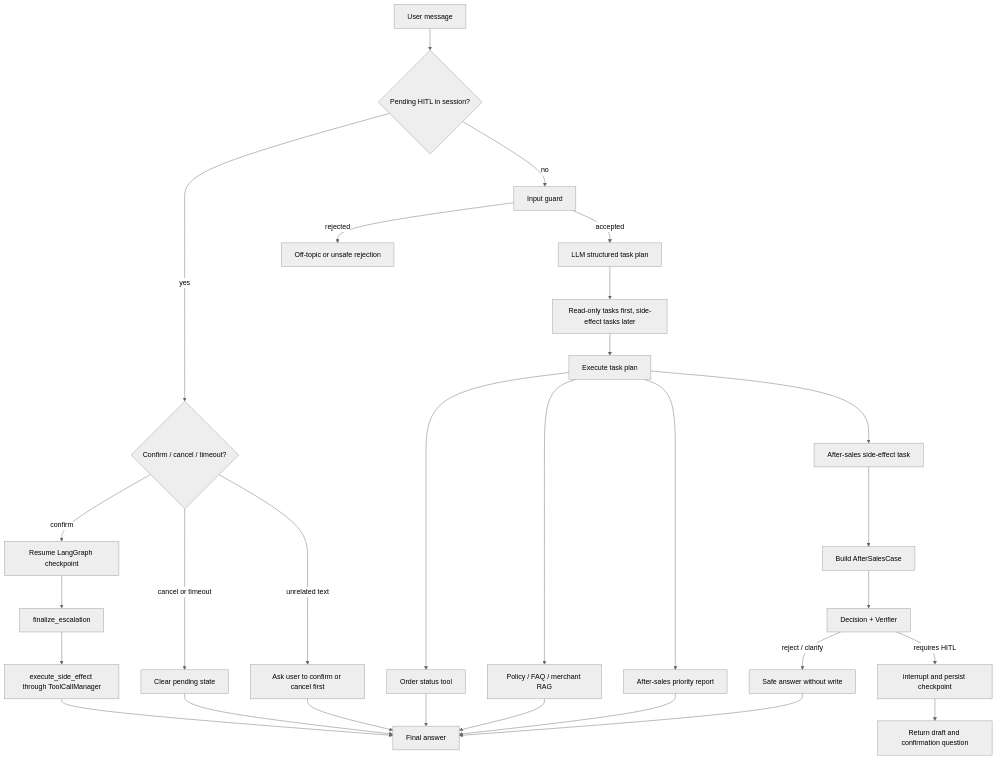
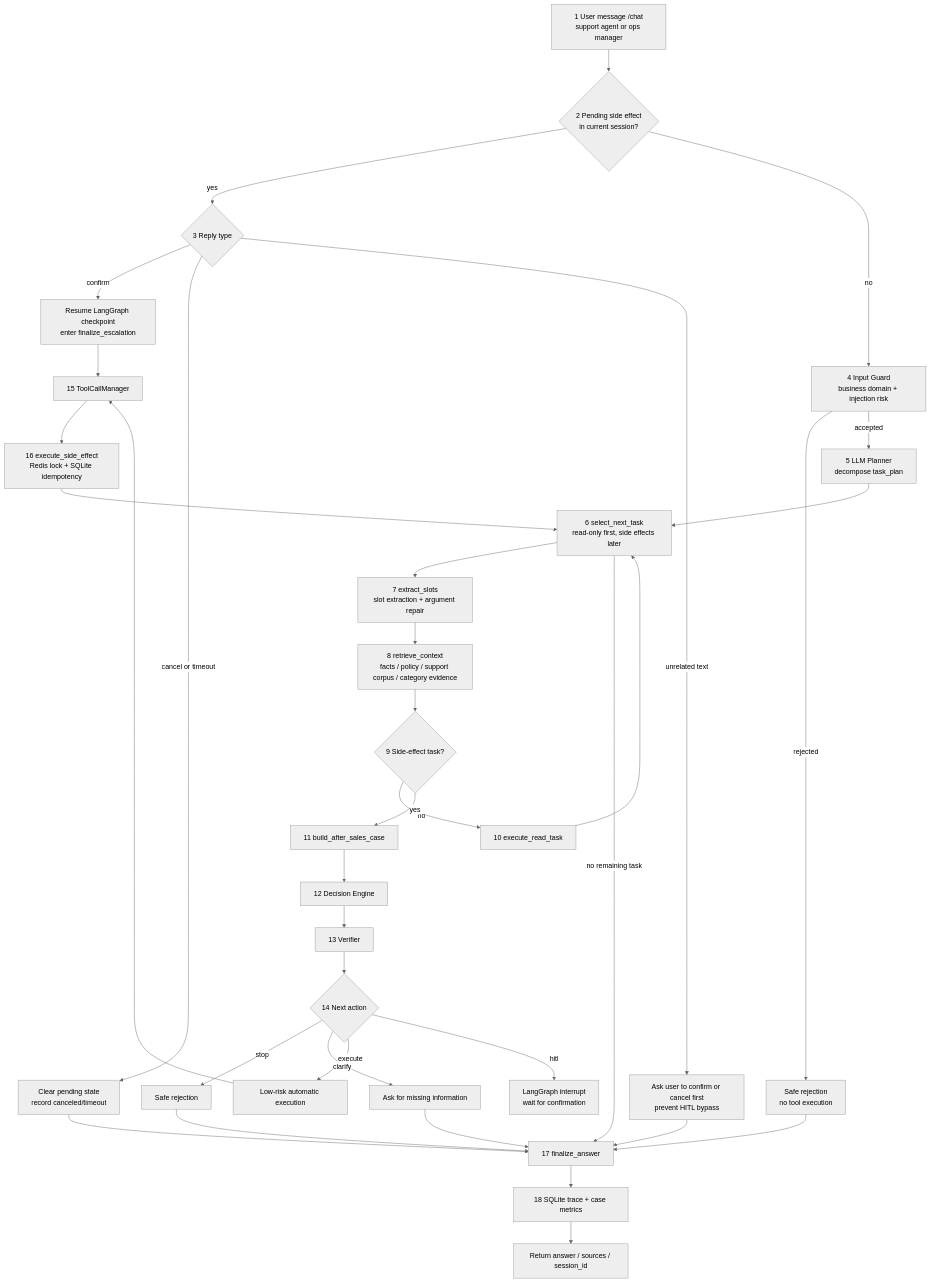
One commit to bigfish-emily/commerce-support-agent changed the diagram in docs/diagrams/agent_execution_chain.mmd. Above: the diagram before and after it, drawn with Mermaid (neutral theme). The commit also changed 22 other files, not shown here.

```diff
--- a/docs/diagrams/agent_execution_chain.mmd
+++ b/docs/diagrams/agent_execution_chain.mmd
@@ -1,33 +1,35 @@
 flowchart TD
-    Request[User message] --> Pending{Pending HITL in session?}
-    Pending -- yes --> PendingPolicy{Confirm / cancel / timeout?}
-    PendingPolicy -- confirm --> Resume[Resume LangGraph checkpoint]
-    PendingPolicy -- cancel or timeout --> Cleanup[Clear pending state]
-    PendingPolicy -- unrelated text --> Reminder[Ask user to confirm or cancel first]
-
-    Pending -- no --> InputGuard[Input guard]
-    InputGuard -- rejected --> Reject[Off-topic or unsafe rejection]
-    InputGuard -- accepted --> Plan[LLM structured task plan]
-    Plan --> Sort[Read-only tasks first, side-effect tasks later]
-    Sort --> Execute[Execute task plan]
-
-    Execute --> Order[Order status tool]
-    Execute --> Policy[Policy / FAQ / merchant RAG]
-    Execute --> Ops[After-sales priority report]
-    Execute --> Side[After-sales side-effect task]
-
-    Side --> Case[Build AfterSalesCase]
-    Case --> Decision[Decision + Verifier]
-    Decision -- reject / clarify --> SafeAnswer[Safe answer without write]
-    Decision -- requires HITL --> Interrupt[interrupt and persist checkpoint]
-    Interrupt --> Draft[Return draft and confirmation question]
-
-    Resume --> Finalize[finalize_escalation]
-    Finalize --> ToolCall[execute_side_effect through ToolCallManager]
-    ToolCall --> FinalAnswer[Final answer]
-    Order --> FinalAnswer
-    Policy --> FinalAnswer
-    Ops --> FinalAnswer
-    SafeAnswer --> FinalAnswer
-    Cleanup --> FinalAnswer
-    Reminder --> FinalAnswer
+    A[1 User message /chat<br/>support agent or ops manager] --> B{2 Pending side effect<br/>in current session?}
+    B -- yes --> C{3 Reply type}
+    C -- confirm --> D[Resume LangGraph checkpoint<br/>enter finalize_escalation]
+    C -- cancel or timeout --> E[Clear pending state<br/>record canceled/timeout]
+    C -- unrelated text --> F[Ask user to confirm or cancel first<br/>prevent HITL bypass]
+    B -- no --> G[4 Input Guard<br/>business domain + injection risk]
+    G -- rejected --> H[Safe rejection<br/>no tool execution]
+    G -- accepted --> I[5 LLM Planner<br/>decompose task_plan]
+    I --> J[6 select_next_task<br/>read-only first, side effects later]
+    J --> K[7 extract_slots<br/>slot extraction + argument repair]
+    K --> L[8 retrieve_context<br/>facts / policy / support corpus / category evidence]
+    L --> M{9 Side-effect task?}
+    M -- no --> N[10 execute_read_task]
+    N --> J
+    M -- yes --> O[11 build_after_sales_case]
+    O --> P[12 Decision Engine]
+    P --> Q[13 Verifier]
+    Q --> R{14 Next action}
+    R -- stop --> S[Safe rejection]
+    R -- clarify --> T[Ask for missing information]
+    R -- execute --> U[Low-risk automatic execution]
+    R -- hitl --> V[LangGraph interrupt<br/>wait for confirmation]
+    U --> W[15 ToolCallManager]
+    D --> W
+    W --> Y[16 execute_side_effect<br/>Redis lock + SQLite idempotency]
+    S --> Z[17 finalize_answer]
+    T --> Z
+    E --> Z
+    F --> Z
+    H --> Z
+    Y --> J
+    J -- no remaining task --> Z
+    Z --> AA[18 SQLite trace + case metrics]
+    AA --> AB[Return answer / sources / session_id]
```
